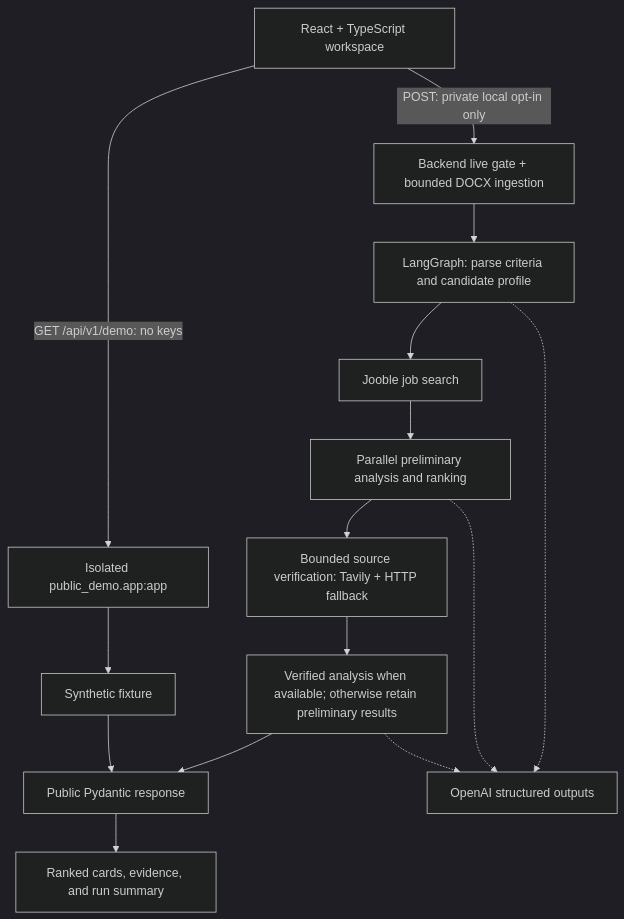
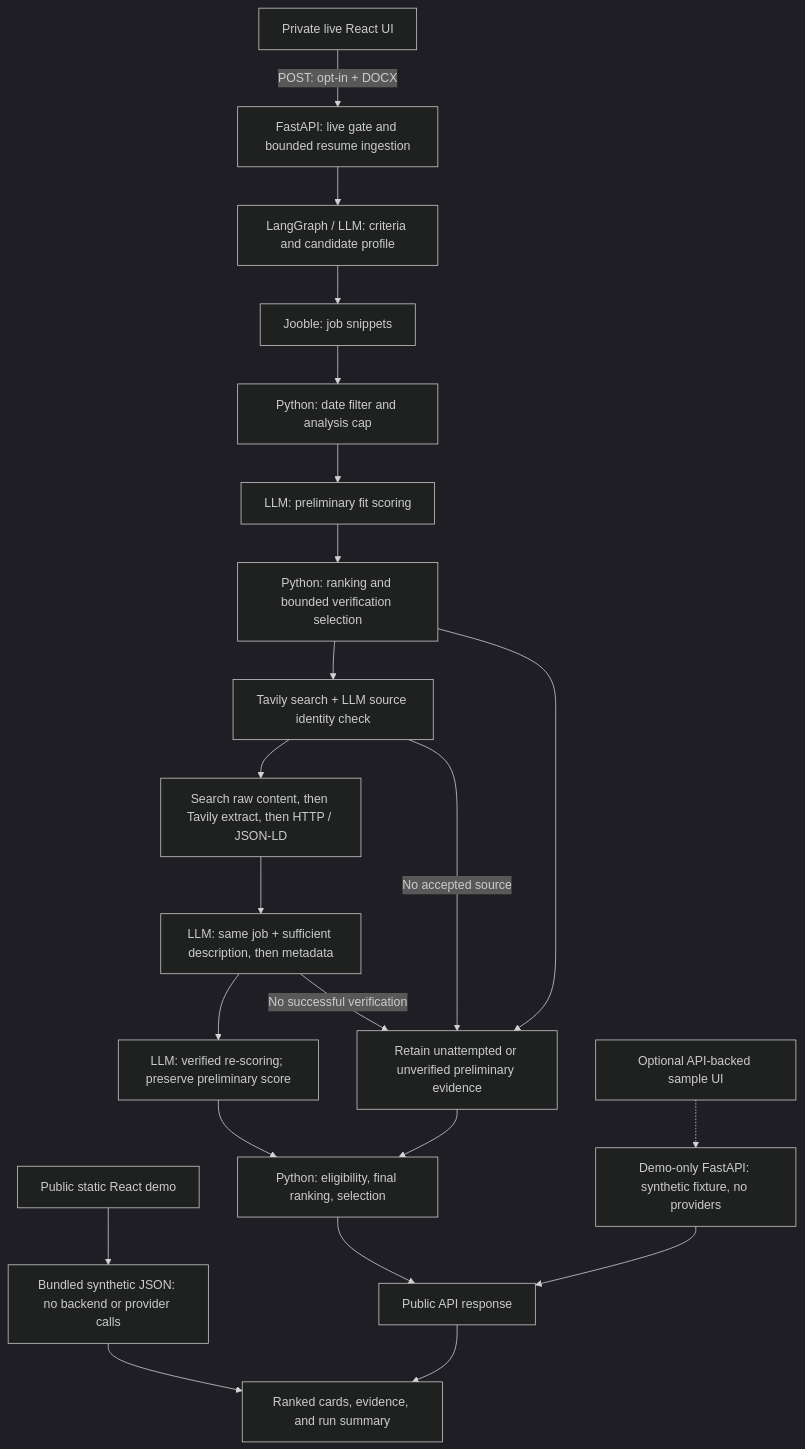
The diagram in README.md (MariaJi/ai-job-search-agent), drawn with Mermaid (dark theme) before and after one commit. The commit also changed other lines of this file, not shown here.

Commit message:
Update README for verification and eligibility workflow

````diff
--- a/README.md
+++ b/README.md
@@ -42,17 +68,24 @@
 ```mermaid
 flowchart TD
-    UI["React + TypeScript workspace"] -->|"GET /api/v1/demo: no keys"| Demo["Isolated public_demo.app:app"]
-    Demo --> Fixture["Synthetic fixture"]
-    Fixture --> DTO["Public Pydantic response"]
-    UI -->|"POST: private local opt-in only"| Gate["Backend live gate + bounded DOCX ingestion"]
-    Gate --> Graph["LangGraph: parse criteria and candidate profile"]
-    Graph --> Search["Jooble job search"]
-    Search --> Rank["Parallel preliminary analysis and ranking"]
-    Rank --> Verify["Bounded source verification: Tavily + HTTP fallback"]
-    Verify --> Final["Verified analysis when available; otherwise retain preliminary results"]
-    Final --> DTO
-    Graph -.-> LLM["OpenAI structured outputs"]
-    Rank -.-> LLM
-    Final -.-> LLM
-    DTO --> Cards["Ranked cards, evidence, and run summary"]
+    PublicUI["Public static React demo"] --> Fixture["Bundled synthetic JSON: no backend or provider calls"]
+    Fixture --> Cards["Ranked cards, evidence, and run summary"]
+    PrivateUI["Private live React UI"] -->|"POST: opt-in + DOCX"| API["FastAPI: live gate and bounded resume ingestion"]
+    API --> Parse["LangGraph / LLM: criteria and candidate profile"]
+    Parse --> Search["Jooble: job snippets"]
+    Search --> Bound["Python: date filter and analysis cap"]
+    Bound --> Score["LLM: preliminary fit scoring"]
+    Score --> Rank["Python: ranking and bounded verification selection"]
+    Rank --> Discover["Tavily search + LLM source identity check"]
+    Discover --> Evidence["Search raw content, then Tavily extract, then HTTP / JSON-LD"]
+    Evidence --> Validate["LLM: same job + sufficient description, then metadata"]
+    Validate --> Rescore["LLM: verified re-scoring; preserve preliminary score"]
+    Rank --> Retain["Retain unattempted or unverified preliminary evidence"]
+    Discover -->|"No accepted source"| Retain
+    Validate -->|"No successful verification"| Retain
+    Rescore --> Final["Python: eligibility, final ranking, selection"]
+    Retain --> Final
+    Final --> DTO["Public API response"]
+    DTO --> Cards
+    OptionalUI["Optional API-backed sample UI"] -.-> DemoAPI["Demo-only FastAPI: synthetic fixture, no providers"]
+    DemoAPI --> DTO
 ```
````
